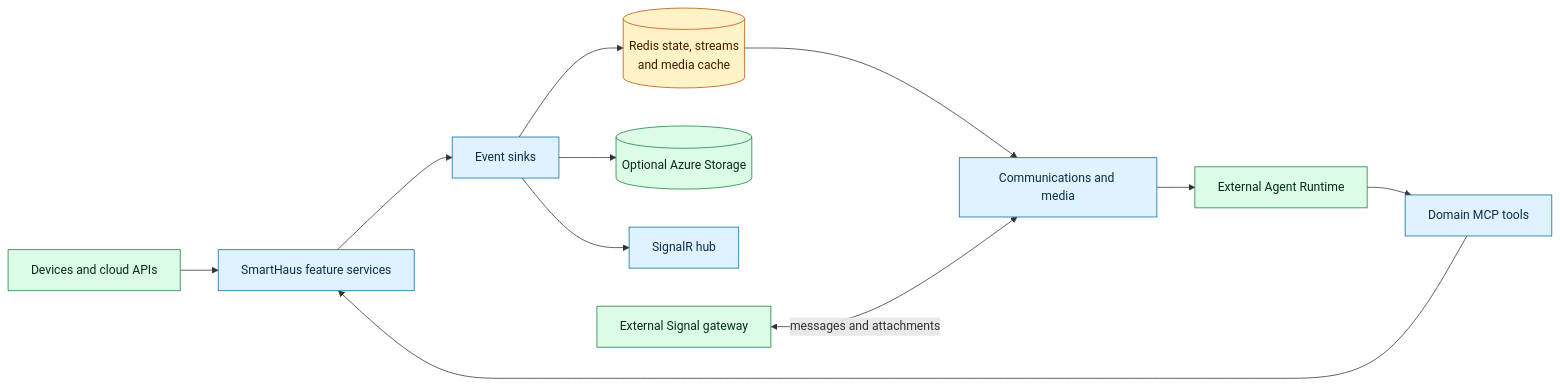
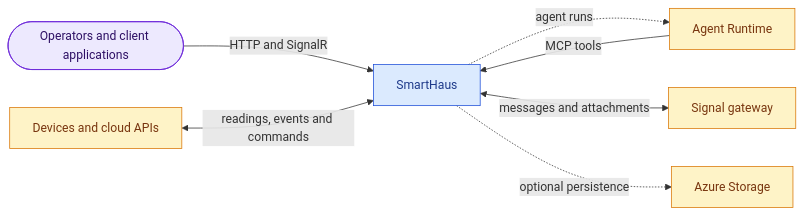
Before and after one commit to f2calv/SmartHaus: the diagram in README.md, drawn with Mermaid. The commit also changed other lines of this file and 22 other files, not shown here.

````diff
--- a/README.md
+++ b/README.md
@@ -147,22 +152,12 @@
 ```mermaid
 flowchart LR
-    classDef owned fill:#e0f2fe,stroke:#0369a1,color:#082f49
-    classDef external fill:#dcfce7,stroke:#15803d,color:#052e16
-    classDef state fill:#fef3c7,stroke:#b45309,color:#451a03
-    DEVICES["Devices and cloud APIs"]:::external
-    FEATURES["SmartHaus feature services"]:::owned
-    SINKS["Event sinks"]:::owned
-    REDIS[("Redis state, streams<br/>and media cache")]:::state
-    STORAGE[("Optional Azure Storage")]:::external
-    HUB["SignalR hub"]:::owned
-    COMMS["Communications and media"]:::owned
-    MCP["Domain MCP tools"]:::owned
-    RUNTIME["External Agent Runtime"]:::external
-    SIGNAL["External Signal gateway"]:::external
-    DEVICES --> FEATURES --> SINKS
-    SINKS --> REDIS & STORAGE & HUB
-    REDIS --> COMMS
-    COMMS --> RUNTIME
-    RUNTIME --> MCP --> FEATURES
-    SIGNAL <-->|"messages and attachments"| COMMS
+    classDef system fill:#dbeafe,stroke:#1d4ed8,color:#1e3a8a
+    classDef person fill:#ede9fe,stroke:#6d28d9,color:#2e1065
+    classDef external fill:#fef3c7,stroke:#d97706,color:#78350f
+    users([Operators and client applications]):::person -->|"HTTP and SignalR"| haus[SmartHaus]:::system
+    devices["Devices and cloud APIs"]:::external <-->|"readings, events and commands"| haus
+    haus -.->|"agent runs"| runtime[Agent Runtime]:::external
+    runtime -->|"MCP tools"| haus
+    haus <-->|"messages and attachments"| signal[Signal gateway]:::external
+    haus -.->|"optional persistence"| azure[Azure Storage]:::external
 ```
````
